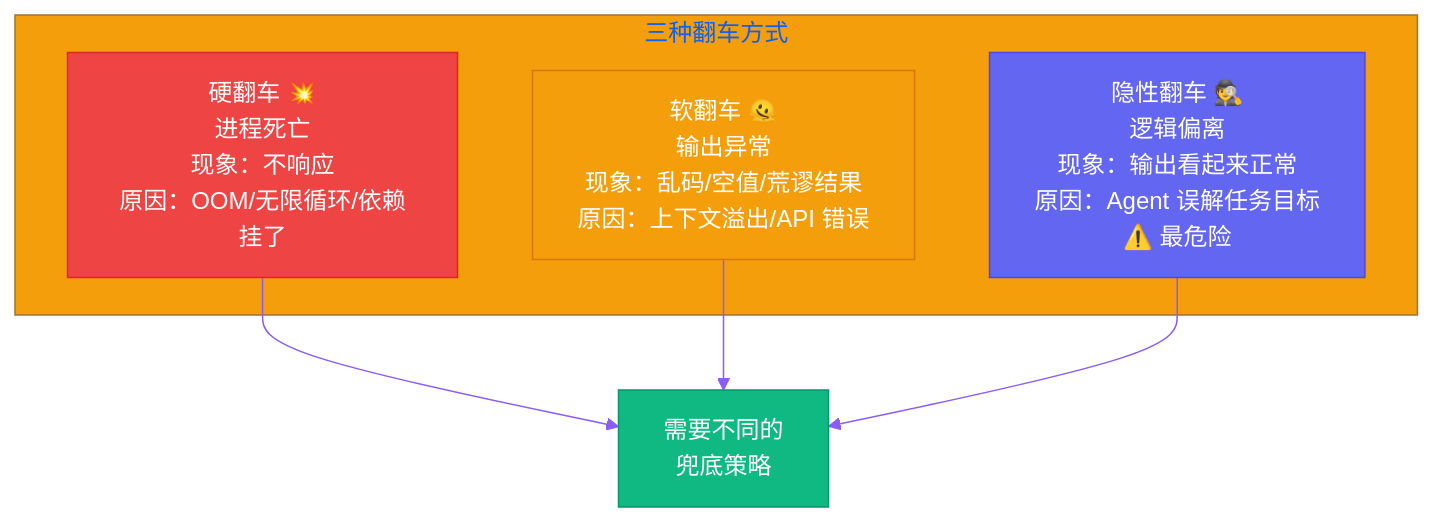
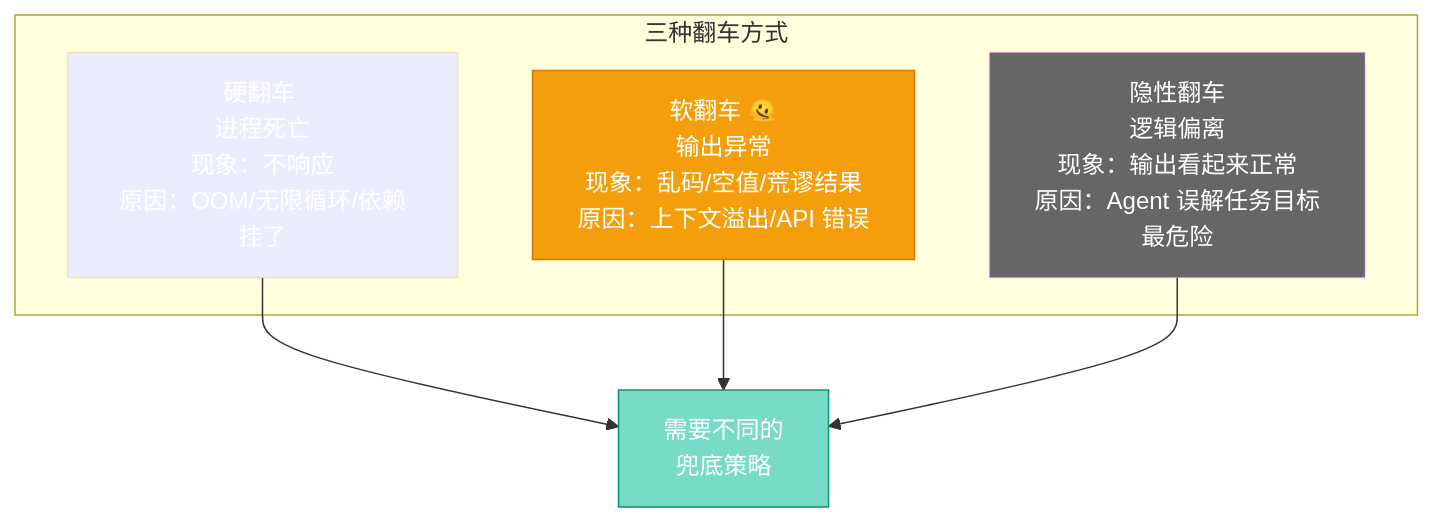
Before and after one commit to VokoForge/ai-prism: the diagram in posts/yason-and-roberts/zh/ch10.md, drawn with Mermaid. The commit also changed 31 other files, not shown here.

First line of the commit message:
✨ Rewrite all articles: hook titles, Mermaid diagrams, engaging style

````diff
--- a/posts/yason-and-roberts/zh/ch10.md
+++ b/posts/yason-and-roberts/zh/ch10.md
@@ -30,18 +30,17 @@
 ```mermaid
-%%{init: {'theme': 'base', 'themeVariables': {'primaryColor': '#6366f1','primaryTextColor': '#fff','primaryBorderColor': '#4f46e5','lineColor': '#8b5cf6','secondaryColor': '#ec4899','tertiaryColor': '#f59e0b'}}}%%
 graph TB
     subgraph "三种翻车方式"
-        H["硬翻车 💥<br>进程死亡<br>现象：不响应<br>原因：OOM/无限循环/依赖挂了"]
+        H["硬翻车 <br>进程死亡<br>现象：不响应<br>原因：OOM/无限循环/依赖挂了"]
         S["软翻车 🫠<br>输出异常<br>现象：乱码/空值/荒谬结果<br>原因：上下文溢出/API 错误"]
-        I["隐性翻车 🕵️<br>逻辑偏离<br>现象：输出看起来正常<br>原因：Agent 误解任务目标<br>⚠️ 最危险"]
+        I["隐性翻车 <br>逻辑偏离<br>现象：输出看起来正常<br>原因：Agent 误解任务目标<br> 最危险"]
     end
 
     H --> R["需要不同的<br>兜底策略"]
     S --> R
     I --> R
 
-    style H fill:#ef4444,stroke:#dc2626,color:#fff
+    style H fill:#ef,stroke:#dc66,color:#fff
     style S fill:#f59e0b,stroke:#d97706,color:#fff
-    style I fill:#6366f1,stroke:#4f46e5,color:#fff
-    style R fill:#10b981,stroke:#059669,color:#fff
+    style I fill:#666f,stroke:#f6e5,color:#fff
+    style R fill:#0b98,stroke:#059669,color:#fff
 ```
````
